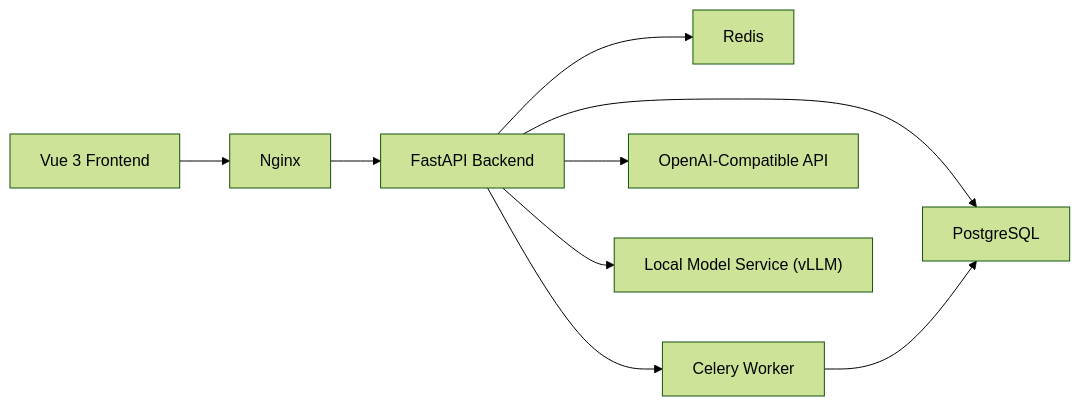
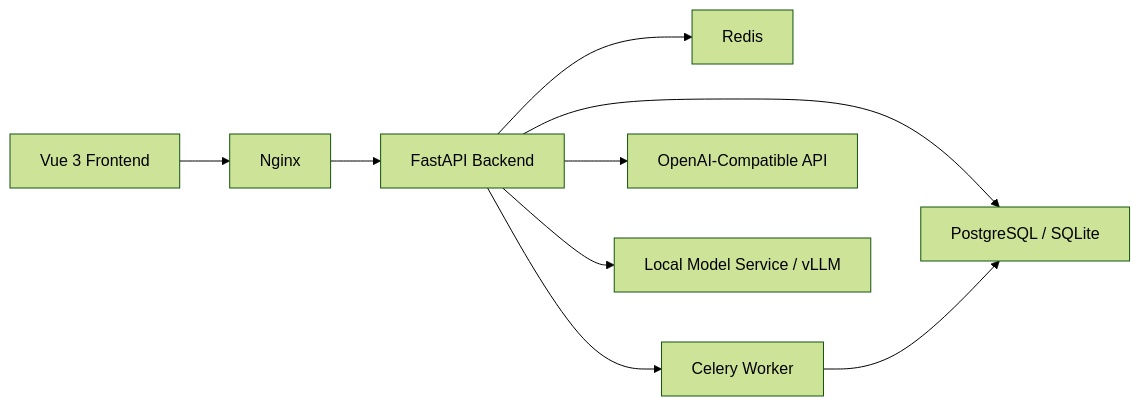
One commit to BoringZheng/Boring-Financial changed the diagram in README.md. Above: the diagram before and after it, drawn with Mermaid (forest theme). The commit also changed other lines of this file and 20 other files, not shown here.

````diff
--- a/README.md
+++ b/README.md
@@ -24,11 +26,11 @@
 ```mermaid
 flowchart LR
     U["Vue 3 Frontend"] --> N["Nginx"]
     N --> B["FastAPI Backend"]
-    B --> P["PostgreSQL"]
+    B --> P["PostgreSQL / SQLite"]
     B --> R["Redis"]
     B --> W["Celery Worker"]
     W --> P
     B --> A["OpenAI-Compatible API"]
-    B --> M["Local Model Service (vLLM)"]
+    B --> M["Local Model Service / vLLM"]
 ```
````
